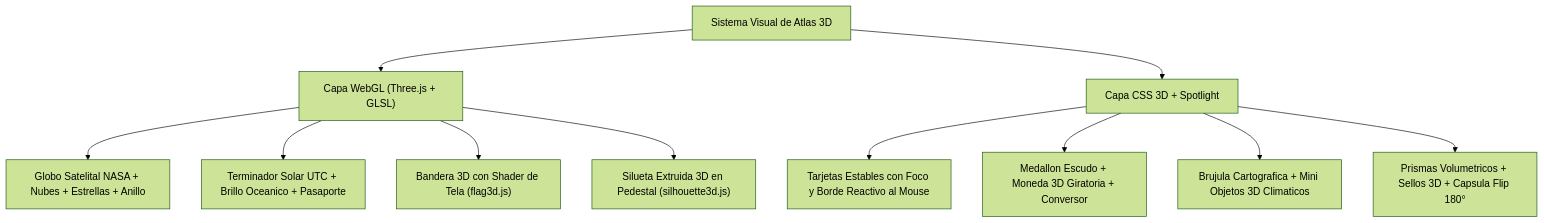
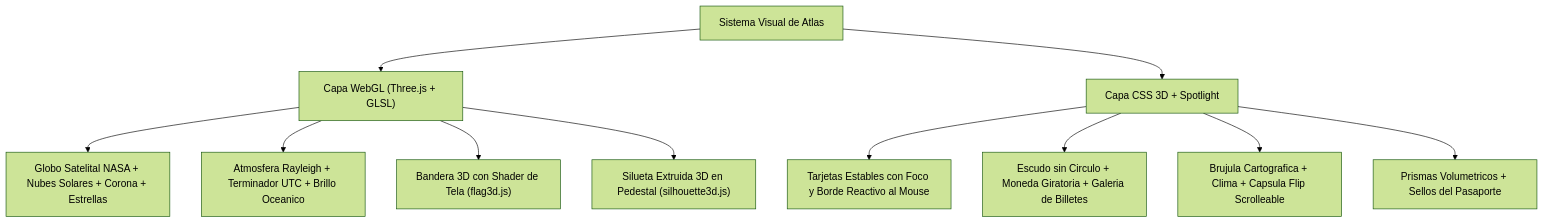
Before and after one commit to Facusere/Atlas: the diagram in docs/DISENO_3D_Y_VISUAL.md, drawn with Mermaid (forest theme). The commit also changed other lines of this file and 21 other files, not shown here.

````diff
--- a/docs/DISENO_3D_Y_VISUAL.md
+++ b/docs/DISENO_3D_Y_VISUAL.md
@@ -9,13 +9,13 @@
 ```mermaid
 flowchart TD
-    Scene["Sistema Visual de Atlas 3D"] --> WebGL["Capa WebGL (Three.js + GLSL)"]
+    Scene["Sistema Visual de Atlas"] --> WebGL["Capa WebGL (Three.js + GLSL)"]
     Scene --> CSS3D["Capa CSS 3D + Spotlight"]
-    WebGL --> G1["Globo Satelital NASA + Nubes + Estrellas + Anillo"]
-    WebGL --> G2["Terminador Solar UTC + Brillo Oceanico + Pasaporte"]
+    WebGL --> G1["Globo Satelital NASA + Nubes Solares + Corona + Estrellas"]
+    WebGL --> G2["Atmosfera Rayleigh + Terminador UTC + Brillo Oceanico"]
     WebGL --> G3["Bandera 3D con Shader de Tela (flag3d.js)"]
     WebGL --> G4["Silueta Extruida 3D en Pedestal (silhouette3d.js)"]
     CSS3D --> C1["Tarjetas Estables con Foco y Borde Reactivo al Mouse"]
-    CSS3D --> C2["Medallon Escudo + Moneda 3D Giratoria + Conversor"]
-    CSS3D --> C3["Brujula Cartografica + Mini Objetos 3D Climaticos"]
-    CSS3D --> C4["Prismas Volumetricos + Sellos 3D + Capsula Flip 180°"]
+    CSS3D --> C2["Escudo sin Circulo + Moneda Giratoria + Galeria de Billetes"]
+    CSS3D --> C3["Brujula Cartografica + Clima + Capsula Flip Scrolleable"]
+    CSS3D --> C4["Prismas Volumetricos + Sellos del Pasaporte"]
 ```
````
